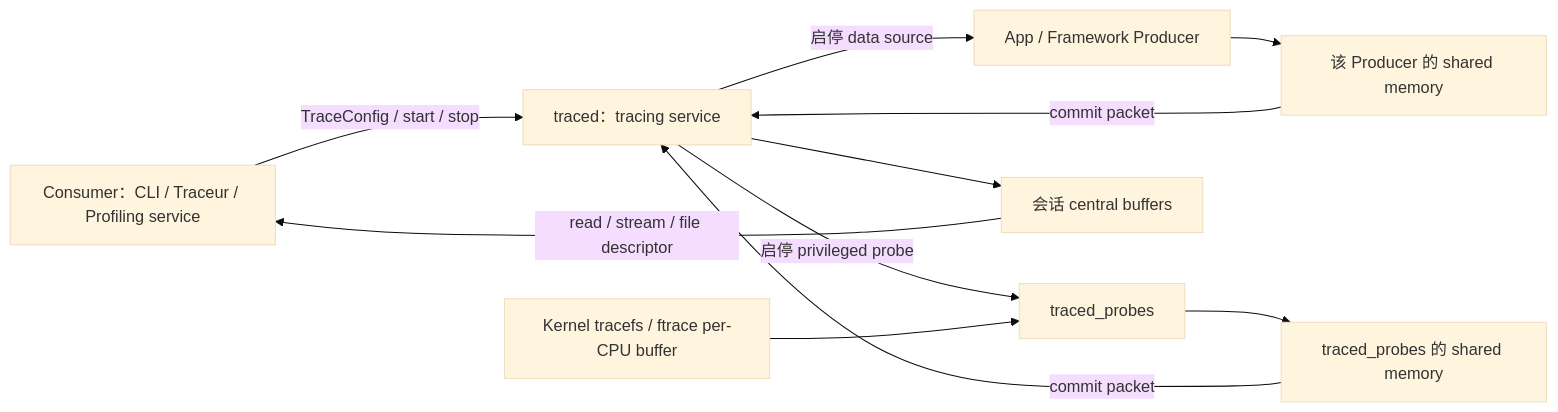
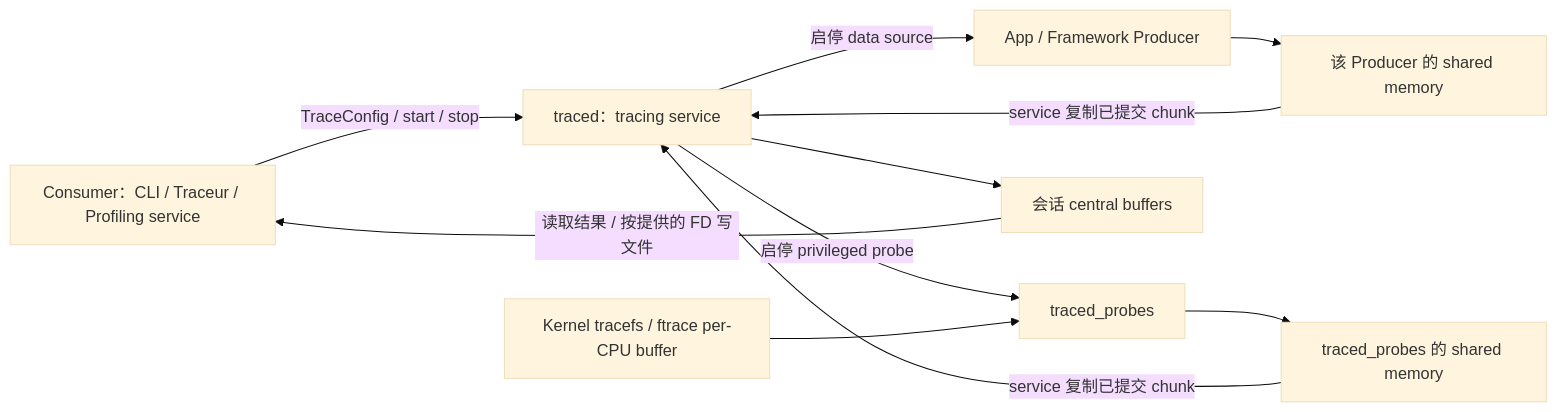
The diagram in src/part3-tools/ch14-perfetto/01-perfetto-intro-capture-reliability.md (Gracker/android-internals-wiki), drawn with Mermaid (base theme) before and after one commit. The commit also changed other lines of this file and 196 other files, not shown here.

````diff
--- a/src/part3-tools/ch14-perfetto/01-perfetto-intro-capture-reliability.md
+++ b/src/part3-tools/ch14-perfetto/01-perfetto-intro-capture-reliability.md
@@ -341,13 +343,13 @@
 ```mermaid
 flowchart LR
     C["Consumer：CLI / Traceur / Profiling service"] -->|"TraceConfig / start / stop"| T["traced：tracing service"]
     T -->|"启停 data source"| AP["App / Framework Producer"]
     T -->|"启停 privileged probe"| TP["traced_probes"]
     K["Kernel tracefs / ftrace per-CPU buffer"] --> TP
     AP --> AS["该 Producer 的 shared memory"]
     TP --> TS["traced_probes 的 shared memory"]
-    AS -->|"commit packet"| T
-    TS -->|"commit packet"| T
+    AS -->|"service 复制已提交 chunk"| T
+    TS -->|"service 复制已提交 chunk"| T
     T --> CB["会话 central buffers"]
-    CB -->|"read / stream / file descriptor"| C
+    CB -->|"读取结果 / 按提供的 FD 写文件"| C
 ```
````
